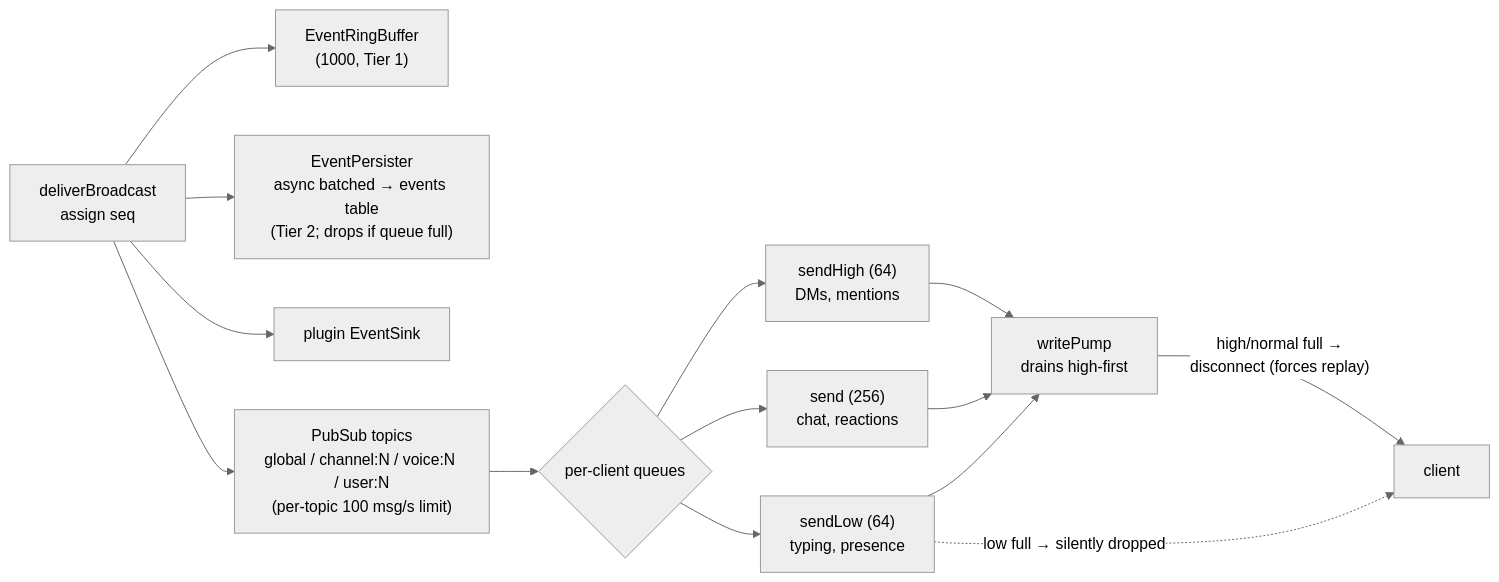
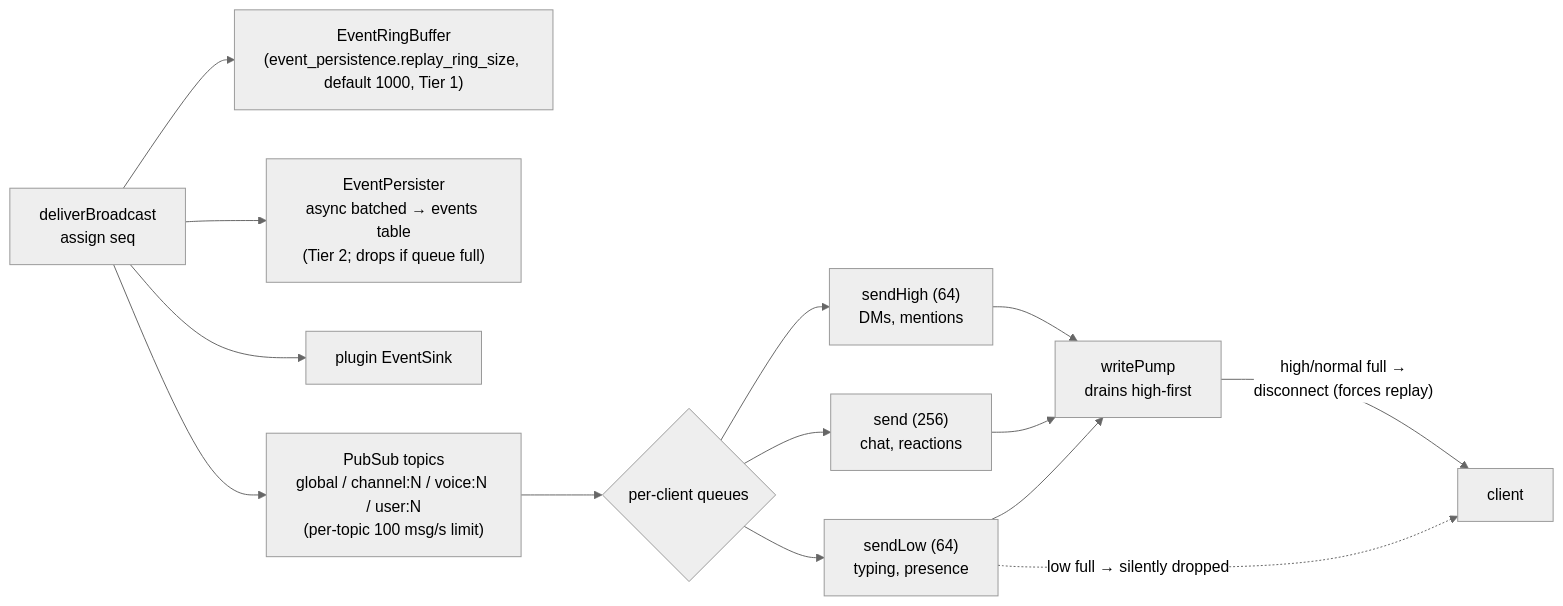
One commit to J3vb/OwnCord changed the second of 3 diagrams in docs/architecture/websocket.md. Above: the diagram before and after it, drawn with Mermaid (neutral theme). The commit also changed other lines of this file and 2055 other files, not shown here.

````diff
--- a/docs/architecture/websocket.md
+++ b/docs/architecture/websocket.md
@@ -62,16 +66,16 @@
 ```mermaid
 flowchart LR
-    EV["deliverBroadcast<br/>assign seq"] --> RB["EventRingBuffer<br/>(1000, Tier 1)"]
+    EV["deliverBroadcast<br/>assign seq"] --> RB["EventRingBuffer<br/>(event_persistence.replay_ring_size, default 1000, Tier 1)"]
     EV --> EP["EventPersister<br/>async batched → events table<br/>(Tier 2; drops if queue full)"]
     EV --> PLG["plugin EventSink"]
     EV --> PS["PubSub topics<br/>global / channel:N / voice:N / user:N<br/>(per-topic 100 msg/s limit)"]
     PS --> CH{"per-client queues"}
     CH --> HI["sendHigh (64)<br/>DMs, mentions"]
     CH --> NO["send (256)<br/>chat, reactions"]
     CH --> LO["sendLow (64)<br/>typing, presence"]
     HI --> WP["writePump<br/>drains high-first"]
     NO --> WP
     LO --> WP
     WP -->|"high/normal full →<br/>disconnect (forces replay)"| X["client"]
     LO -.->|"low full → silently dropped"| X
 ```
````
